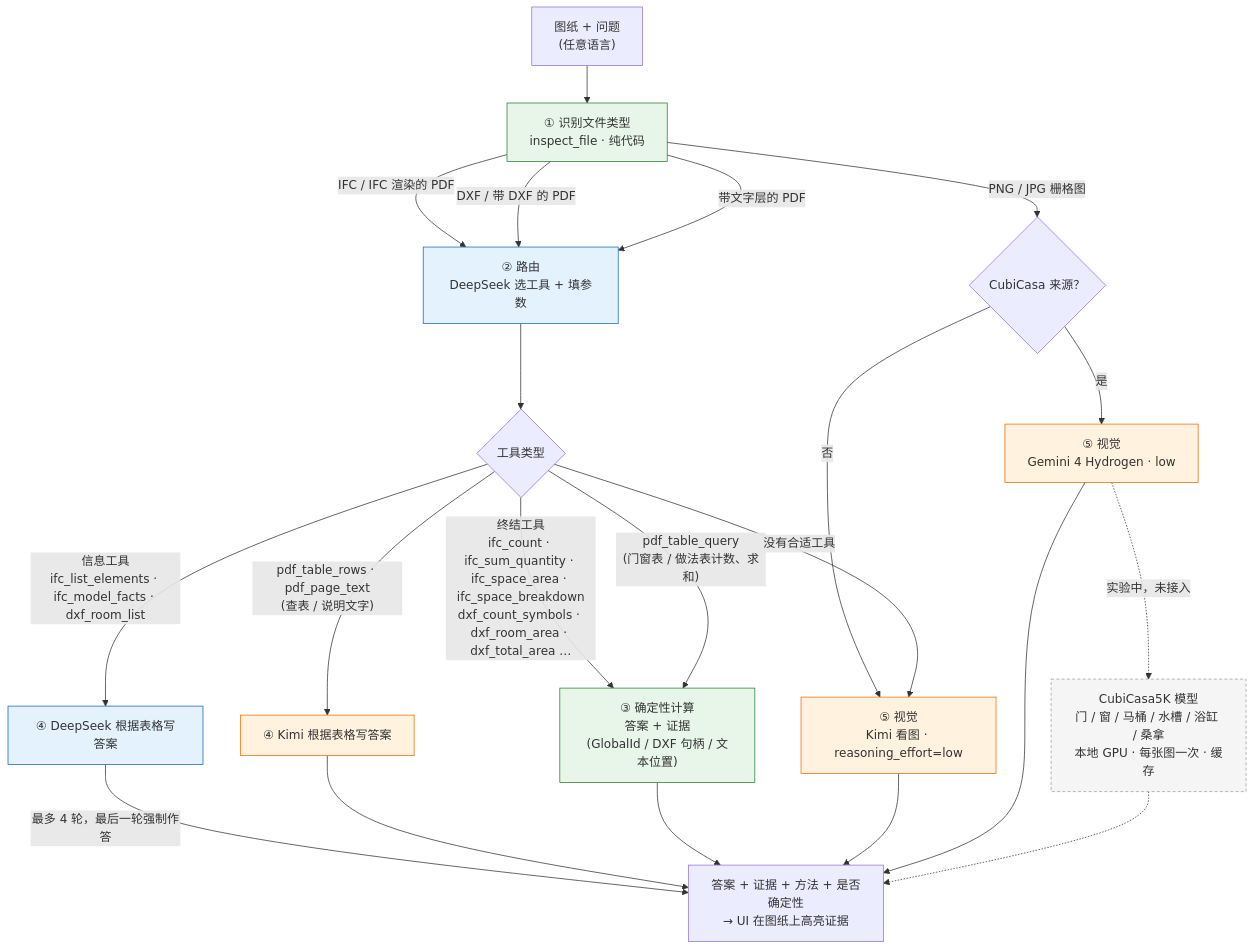
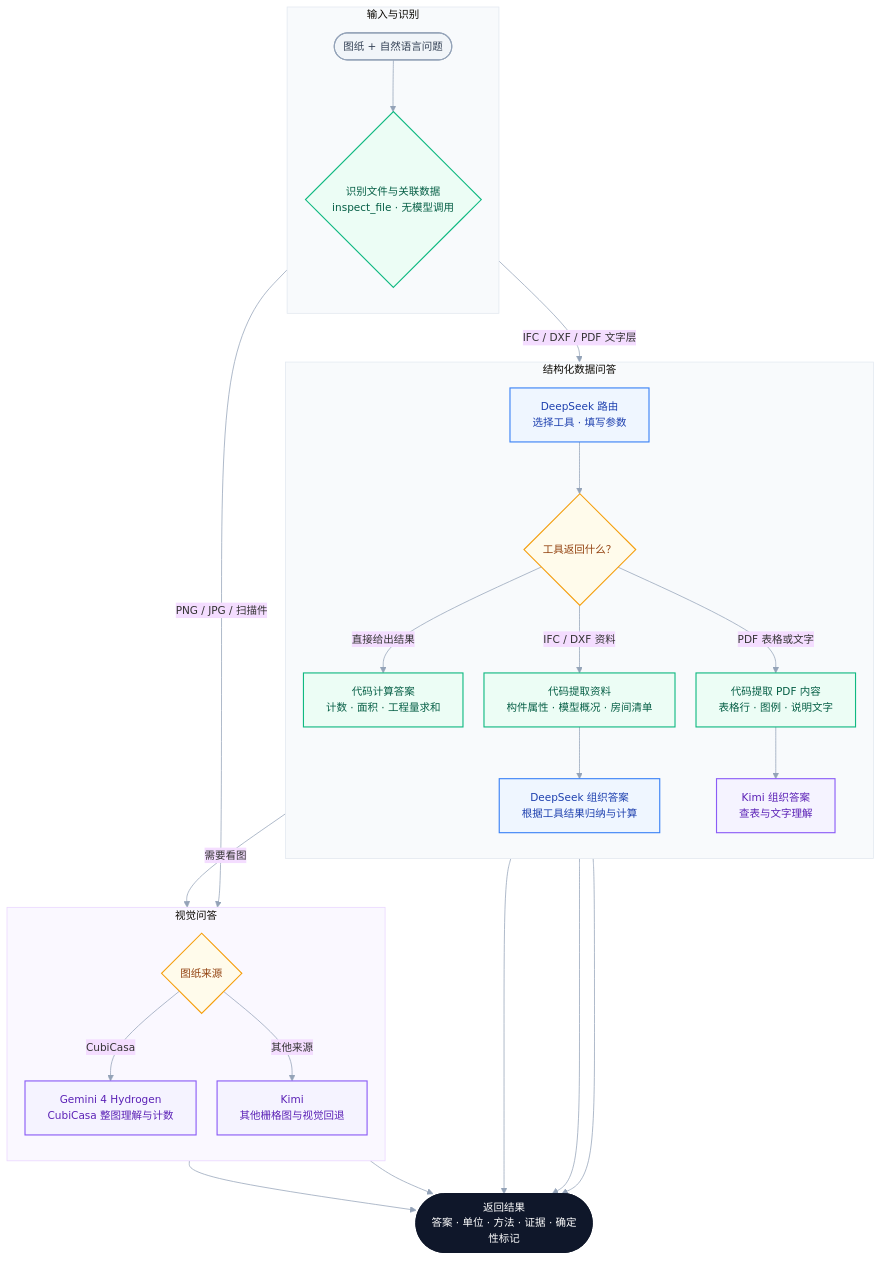
The diagram in PIPELINE.md (chaowang0524/metsatalo-stoa), drawn with Mermaid before and after one commit. The commit also changed other lines of this file, not shown here.

Commit message:
upadte PIPELINE.md

````diff
--- a/PIPELINE.md
+++ b/PIPELINE.md
@@ -6,40 +11,64 @@
 ```mermaid
-flowchart TD
-    A["图纸 + 问题<br/>(任意语言)"] --> B["① 识别文件类型<br/>inspect_file · 纯代码"]
+%%{init: {"theme": "base", "flowchart": {"curve": "basis", "nodeSpacing": 28, "rankSpacing": 44}, "themeVariables": {"fontFamily": "Arial, Microsoft YaHei, sans-serif", "fontSize": "14px", "lineColor": "#94a3b8"}}}%%
+flowchart TB
+    subgraph INPUT["输入与识别"]
+        direction TB
+        A(["图纸 + 自然语言问题"])
+        B{"识别文件与关联数据<br/>inspect_file · 无模型调用"}
+        A --> B
+    end
 
-    B -->|"PNG / JPG 栅格图"| S{"CubiCasa 来源？"}
-    S -->|"是"| VG["⑤ 视觉<br/>Gemini 4 Hydrogen · low"]
-    S -->|"否"| V
-    B -->|"IFC / IFC 渲染的 PDF"| R
-    B -->|"DXF / 带 DXF 的 PDF"| R
-    B -->|"带文字层的 PDF"| R
+    subgraph STRUCTURED["结构化数据问答"]
+        direction TB
+        R["DeepSeek 路由<br/>选择工具 · 填写参数"]
+        T{"工具返回什么？"}
+        D["代码计算答案<br/>计数 · 面积 · 工程量求和"]
+        I["代码提取资料<br/>构件属性 · 模型概况 · 房间清单"]
+        C1["DeepSeek 组织答案<br/>根据工具结果归纳与计算"]
+        P["代码提取 PDF 内容<br/>表格行 · 图例 · 说明文字"]
+        C2["Kimi 组织答案<br/>查表与文字理解"]
+        R --> T
+        T -->|"直接给出结果"| D
+        T -->|"IFC / DXF 资料"| I
+        T -->|"PDF 表格或文字"| P
+        I --> C1
+        P --> C2
+    end
 
-    R["② 路由<br/>DeepSeek 选工具 + 填参数"] --> T{"工具类型"}
+    subgraph VISION["视觉问答"]
+        direction TB
+        S{"图纸来源"}
+        G["Gemini 4 Hydrogen<br/>CubiCasa 整图理解与计数"]
+        K["Kimi<br/>其他栅格图与视觉回退"]
+        S -->|"CubiCasa"| G
+        S -->|"其他来源"| K
+    end
 
-    T -->|"终结工具<br/>ifc_count · ifc_sum_quantity · ifc_space_area · ifc_space_breakdown<br/>dxf_count_symbols · dxf_room_area · dxf_total_area …"| D["③ 确定性计算<br/>答案 + 证据<br/>(GlobalId / DXF 句柄 / 文本位置)"]
-    T -->|"信息工具<br/>ifc_list_elements · ifc_model_facts · dxf_room_list"| C1["④ DeepSeek 根据表格写答案"]
-    T -->|"pdf_table_query<br/>(门窗表 / 做法表计数、求和)"| D
-    T -->|"pdf_table_rows · pdf_page_text<br/>(查表 / 说明文字)"| C2["④ Kimi 根据表格写答案"]
-    T -->|"没有合适工具"| V
+    B -->|"IFC / DXF / PDF 文字层"| R
+    B -->|"PNG / JPG / 扫描件"| S
+    T -->|"需要看图"| K
 
-    V["⑤ 视觉<br/>Kimi 看图 · reasoning_effort=low"]
-    VG -.->|"实验中，未接入"| CC["CubiCasa5K 模型<br/>门 / 窗 / 马桶 / 水槽 / 浴缸 / 桑拿<br/>本地 GPU · 每张图一次 · 缓存"]
+    D --> OUT
+    C1 --> OUT
+    C2 --> OUT
+    G --> OUT
+    K --> OUT
+    OUT(["返回结果<br/>答案 · 单位 · 方法 · 证据 · 确定性标记"])
 
-    C1 -->|"最多 4 轮，最后一轮强制作答"| OUT
-    C2 --> OUT
-    D --> OUT
-    V --> OUT
-    VG --> OUT
-    CC -.-> OUT
+    classDef input fill:#f1f5f9,stroke:#94a3b8,color:#334155,stroke-width:1.5px
+    classDef code fill:#ecfdf5,stroke:#10b981,color:#065f46,stroke-width:1.5px
+    classDef deepseek fill:#eff6ff,stroke:#3b82f6,color:#1e40af,stroke-width:1.5px
+    classDef model fill:#f5f3ff,stroke:#8b5cf6,color:#5b21b6,stroke-width:1.5px
+    classDef decision fill:#fffbeb,stroke:#f59e0b,color:#92400e,stroke-width:1.5px
+    classDef output fill:#0f172a,stroke:#0f172a,color:#ffffff,stroke-width:2px
 
-    OUT["答案 + 证据 + 方法 + 是否确定性<br/>→ UI 在图纸上高亮证据"]
-
-    classDef code fill:#e8f5e9,stroke:#2e7d32
-    classDef cheap fill:#e3f2fd,stroke:#1565c0
-    classDef strong fill:#fff3e0,stroke:#ef6c00
-    classDef exp fill:#f5f5f5,stroke:#9e9e9e,stroke-dasharray: 4 3
-    class B,D code
-    class R,C1 cheap
-    class C2,V,VG strong
-    class CC exp
+    class A input
+    class B,D,I,P code
+    class R,C1 deepseek
+    class G,K,C2 model
+    class T,S decision
+    class OUT output
+    style INPUT fill:#f8fafc,stroke:#e2e8f0
+    style STRUCTURED fill:#f8fafc,stroke:#e2e8f0
+    style VISION fill:#faf8ff,stroke:#e9d5ff
 ```
````
